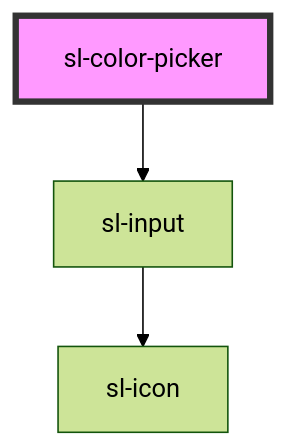
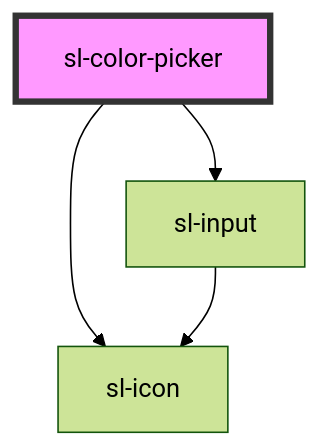
The diagram in src/components/color-picker/readme.md (shoelace-style/shoelace), drawn with Mermaid (forest theme) before and after one commit. The commit also changed other lines of this file and 4 other files, not shown here.

````diff
--- a/src/components/color-picker/readme.md
+++ b/src/components/color-picker/readme.md
@@ -29,6 +30,7 @@
 ```mermaid
 graph TD;
+  sl-color-picker --> sl-icon
   sl-color-picker --> sl-input
   sl-input --> sl-icon
   style sl-color-picker fill:#f9f,stroke:#333,stroke-width:4px
 ```
````
